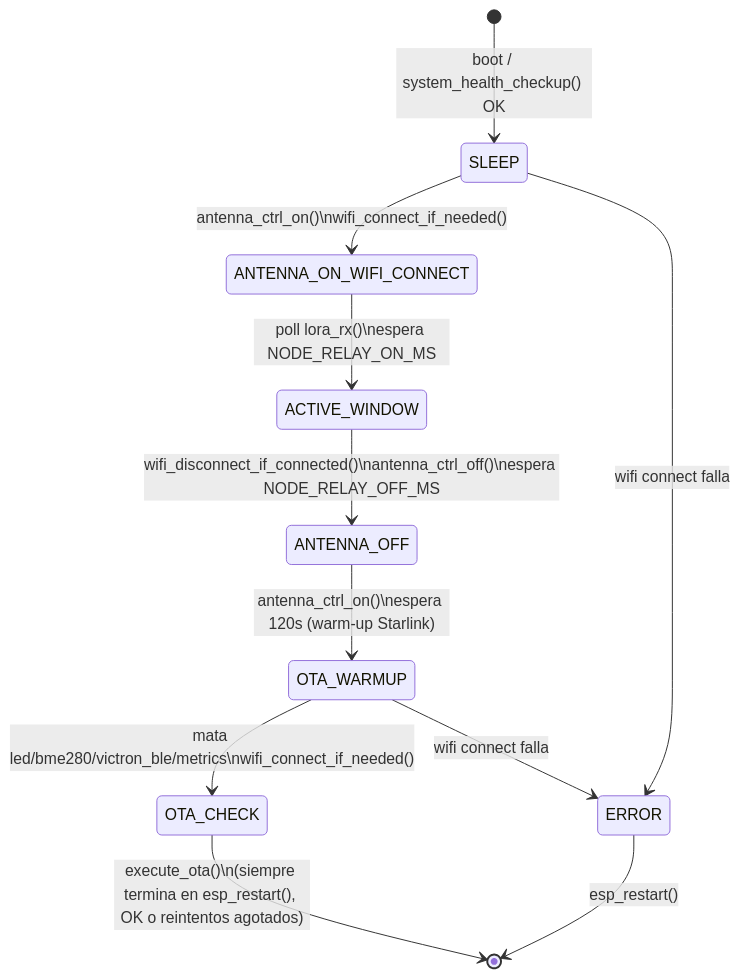
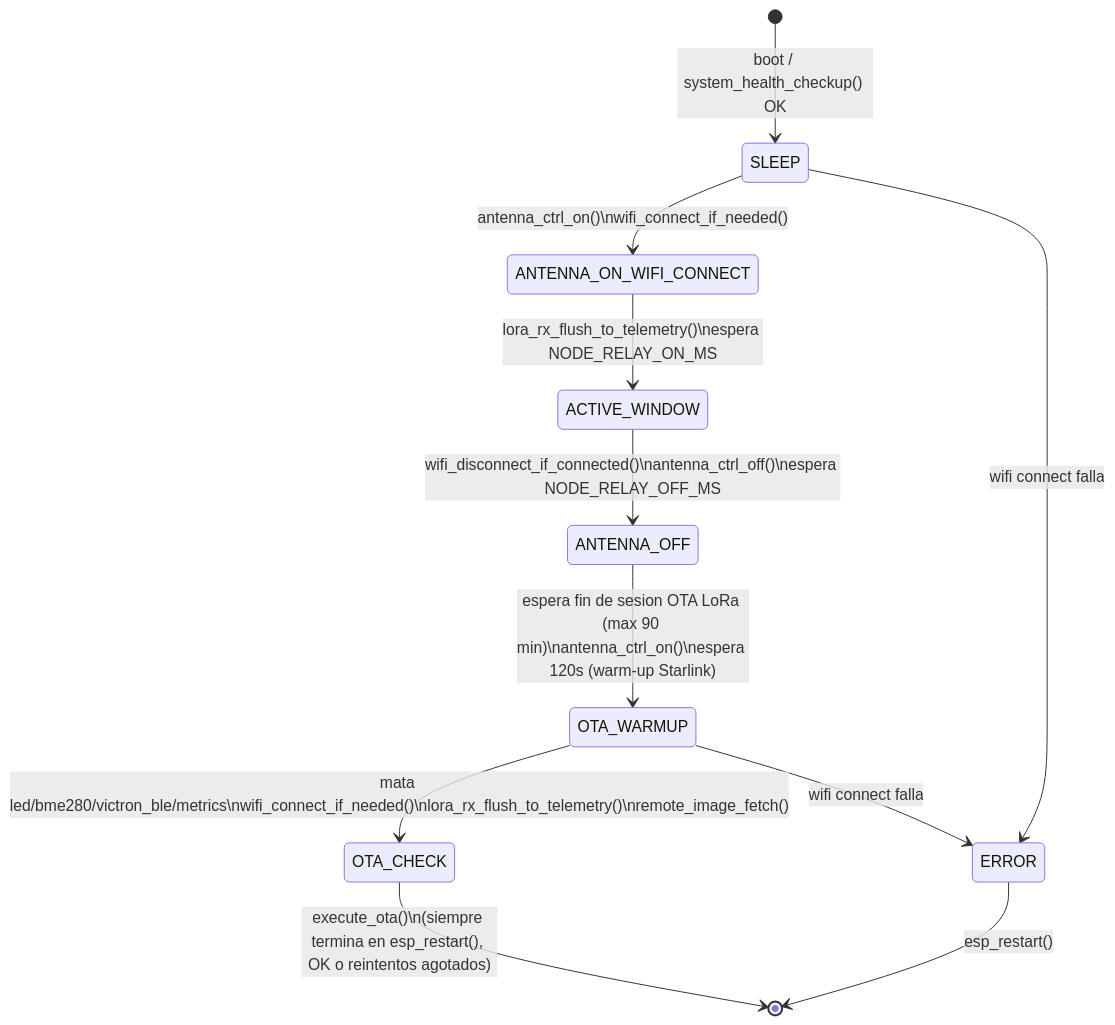
One commit to GIAR-UTN/antartida-firmware changed the first of 2 diagrams in docs/FSM.md. Above: the diagram before and after it, drawn with Mermaid. The commit also changed other lines of this file and 33 other files, not shown here.

Commit message:
Add LoRa link and OTA over LoRa for the remote node

````diff
--- a/docs/FSM.md
+++ b/docs/FSM.md
@@ -11,20 +11,20 @@
 ```mermaid
 stateDiagram-v2
     [*] --> SLEEP: boot / system_health_checkup() OK
 
     SLEEP --> ANTENNA_ON_WIFI_CONNECT: antenna_ctrl_on()\nwifi_connect_if_needed()
     SLEEP --> ERROR: wifi connect falla
 
-    ANTENNA_ON_WIFI_CONNECT --> ACTIVE_WINDOW: poll lora_rx()\nespera NODE_RELAY_ON_MS
+    ANTENNA_ON_WIFI_CONNECT --> ACTIVE_WINDOW: lora_rx_flush_to_telemetry()\nespera NODE_RELAY_ON_MS
 
     ACTIVE_WINDOW --> ANTENNA_OFF: wifi_disconnect_if_connected()\nantenna_ctrl_off()\nespera NODE_RELAY_OFF_MS
 
-    ANTENNA_OFF --> OTA_WARMUP: antenna_ctrl_on()\nespera 120s (warm-up Starlink)
+    ANTENNA_OFF --> OTA_WARMUP: espera fin de sesion OTA LoRa (max 90 min)\nantenna_ctrl_on()\nespera 120s (warm-up Starlink)
 
-    OTA_WARMUP --> OTA_CHECK: mata led/bme280/victron_ble/metrics\nwifi_connect_if_needed()
+    OTA_WARMUP --> OTA_CHECK: mata led/bme280/victron_ble/metrics\nwifi_connect_if_needed()\nlora_rx_flush_to_telemetry()\nremote_image_fetch()
     OTA_WARMUP --> ERROR: wifi connect falla
 
     OTA_CHECK --> [*]: execute_ota()\n(siempre termina en esp_restart(), OK o reintentos agotados)
 
     ERROR --> [*]: esp_restart()
 ```
````
